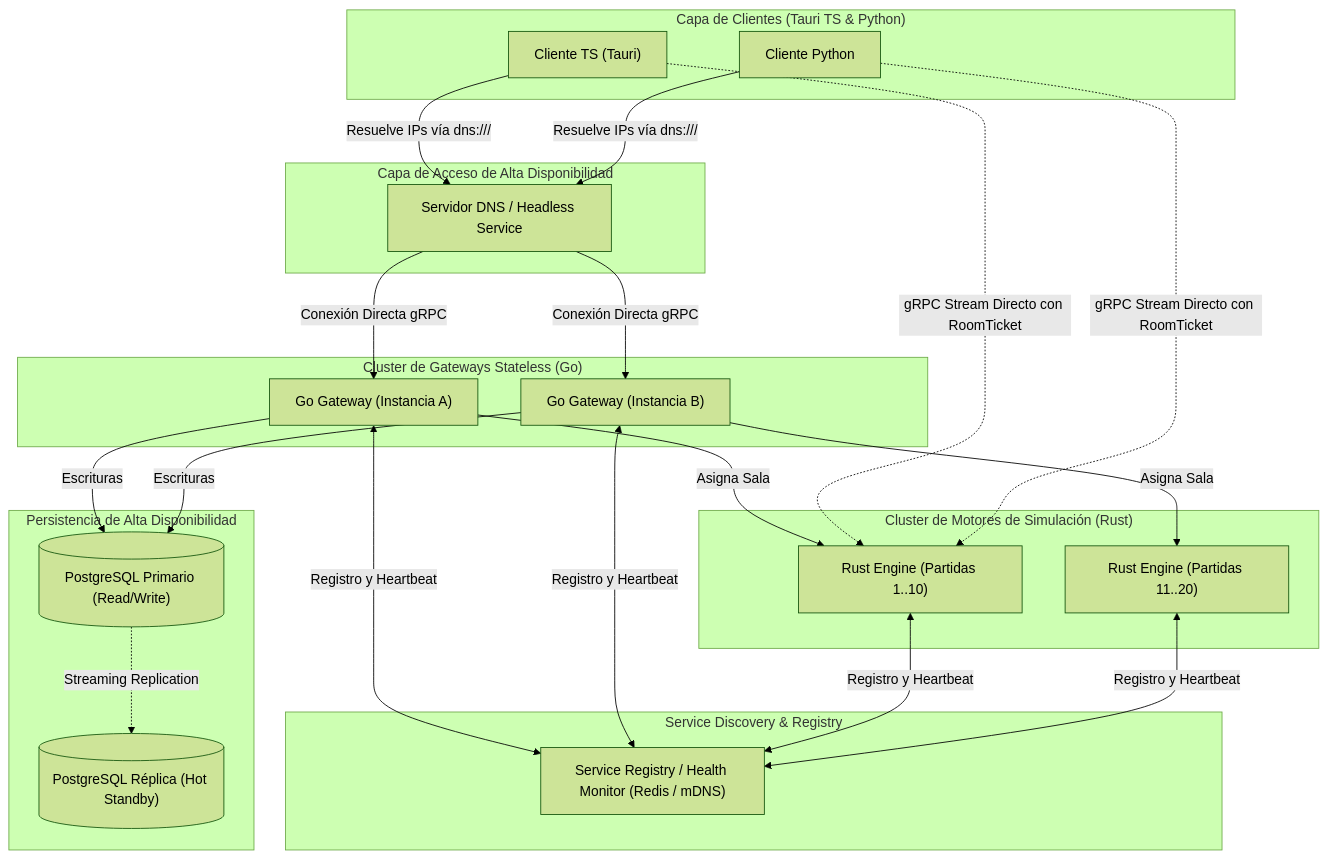
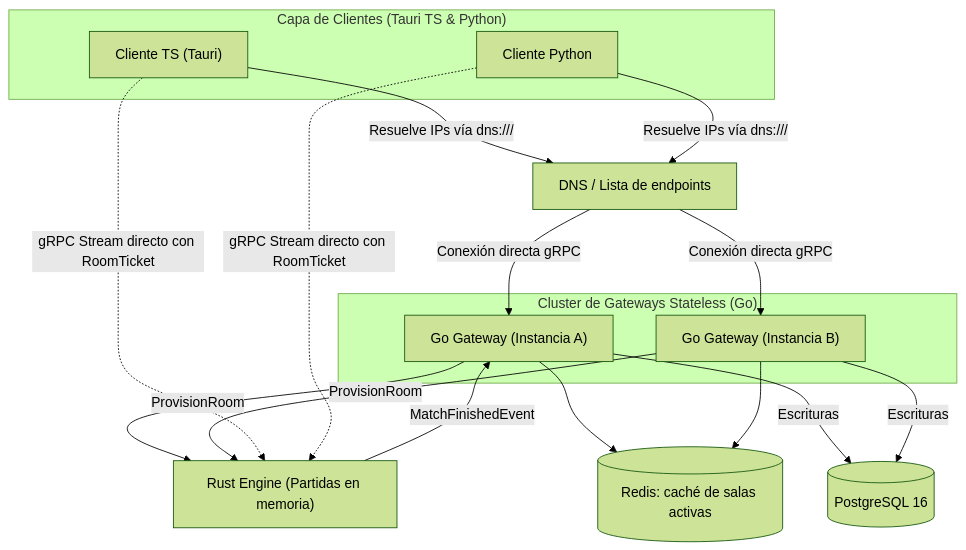
Before and after one commit to emiliofalconi/ecostream-3r: the first of 3 diagrams in docs/ARQUITECTURA_Y_PLANIFICACION.md, drawn with Mermaid (forest theme). The commit also changed other lines of this file and 2 other files, not shown here.

Commit message:
docs: unificar punto de entrada (DNS + LB cliente), cola acotada, Redis como cache, gracia 10s y contratos en planificacion, UML y gateways

````diff
--- a/docs/ARQUITECTURA_Y_PLANIFICACION.md
+++ b/docs/ARQUITECTURA_Y_PLANIFICACION.md
@@ -33,50 +26,35 @@
 ```mermaid
 flowchart TD
     subgraph Clients["Capa de Clientes (Tauri TS & Python)"]
         C1["Cliente TS (Tauri)"]
         C2["Cliente Python"]
     end
 
-    subgraph EdgeLayer["Capa de Acceso de Alta Disponibilidad"]
-        DNS["Servidor DNS / Headless Service"]
-    end
+    DNS["DNS / Lista de endpoints"]
 
     subgraph GatewayCluster["Cluster de Gateways Stateless (Go)"]
         GW1["Go Gateway (Instancia A)"]
         GW2["Go Gateway (Instancia B)"]
     end
 
-    subgraph ServiceMesh["Service Discovery & Registry"]
-        Consul["Service Registry / Health Monitor (Redis / mDNS)"]
-    end
-
-    subgraph EngineCluster["Cluster de Motores de Simulación (Rust)"]
-        RE1["Rust Engine (Partidas 1..10)"]
-        RE2["Rust Engine (Partidas 11..20)"]
-    end
-
-    subgraph DBCluster["Persistencia de Alta Disponibilidad"]
-        PGPrimary[("PostgreSQL Primario (Read/Write)")]
-        PGStandby[("PostgreSQL Réplica (Hot Standby)")]
-    end
+    RE1["Rust Engine (Partidas en memoria)"]
+    Redis[("Redis: caché de salas activas")]
+    PG[("PostgreSQL 16")]
 
     C1 -->|Resuelve IPs vía dns:///| DNS
     C2 -->|Resuelve IPs vía dns:///| DNS
-    DNS -->|Conexión Directa gRPC| GW1
-    DNS -->|Conexión Directa gRPC| GW2
+    DNS -->|Conexión directa gRPC| GW1
+    DNS -->|Conexión directa gRPC| GW2
 
-    GW1 <-->|Registro y Heartbeat| Consul
-    GW2 <-->|Registro y Heartbeat| Consul
-    RE1 <-->|Registro y Heartbeat| Consul
-    RE2 <-->|Registro y Heartbeat| Consul
+    GW1 -->|ProvisionRoom| RE1
+    GW2 -->|ProvisionRoom| RE1
+    RE1 -->|MatchFinishedEvent| GW1
 
-    GW1 -->|Asigna Sala| RE1
-    GW2 -->|Asigna Sala| RE2
+    C1 -.->|gRPC Stream directo con RoomTicket| RE1
+    C2 -.->|gRPC Stream directo con RoomTicket| RE1
 
-    C1 -.->|gRPC Stream Directo con RoomTicket| RE1
-    C2 -.->|gRPC Stream Directo con RoomTicket| RE1
-
-    GW1 -->|Escrituras| PGPrimary
-    GW2 -->|Escrituras| PGPrimary
-    PGPrimary -.->|Streaming Replication| PGStandby
+    GW1 --> Redis
+    GW2 --> Redis
+    GW1 -->|Escrituras| PG
+    GW2 -->|Escrituras| PG
 ```
````
